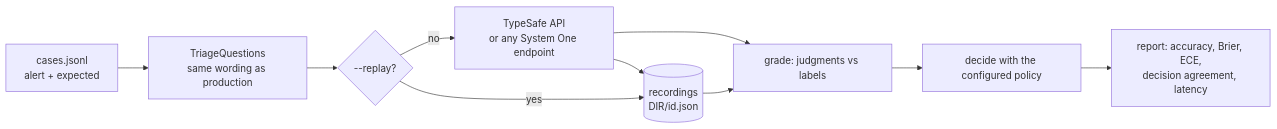
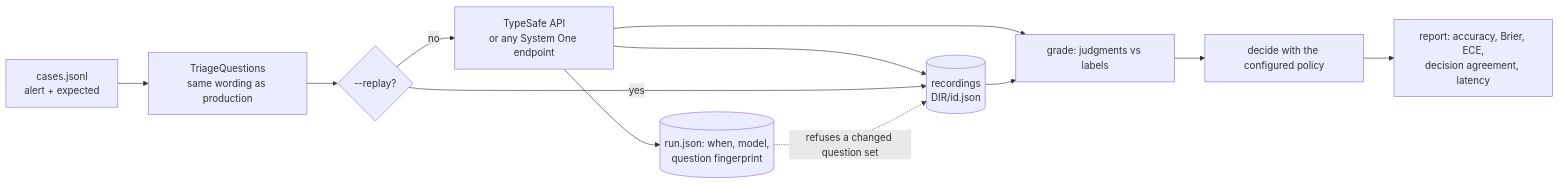
One commit to chussenot/signalman changed the diagram in docs/evaluation.md. Above: the diagram before and after it, drawn with Mermaid. The commit also changed other lines of this file and 9 other files, not shown here.

````diff
--- a/docs/evaluation.md
+++ b/docs/evaluation.md
@@ -13,12 +13,14 @@
 ```mermaid
 flowchart LR
     C[cases.jsonl<br/>alert + expected] --> Q[TriageQuestions<br/>same wording as production]
     Q --> M{--replay?}
     M -- no --> TS[TypeSafe API<br/>or any System One endpoint]
     TS --> R[(recordings<br/>DIR/id.json)]
     M -- yes --> R
     TS --> G[grade: judgments vs labels]
     R --> G
     G --> P[decide with the configured policy]
     P --> REP[report: accuracy, Brier, ECE,<br/>decision agreement, latency]
+    TS --> MAN[(run.json: when, model,<br/>question fingerprint)]
+    MAN -. refuses a changed question set .-> R
 ```
````
